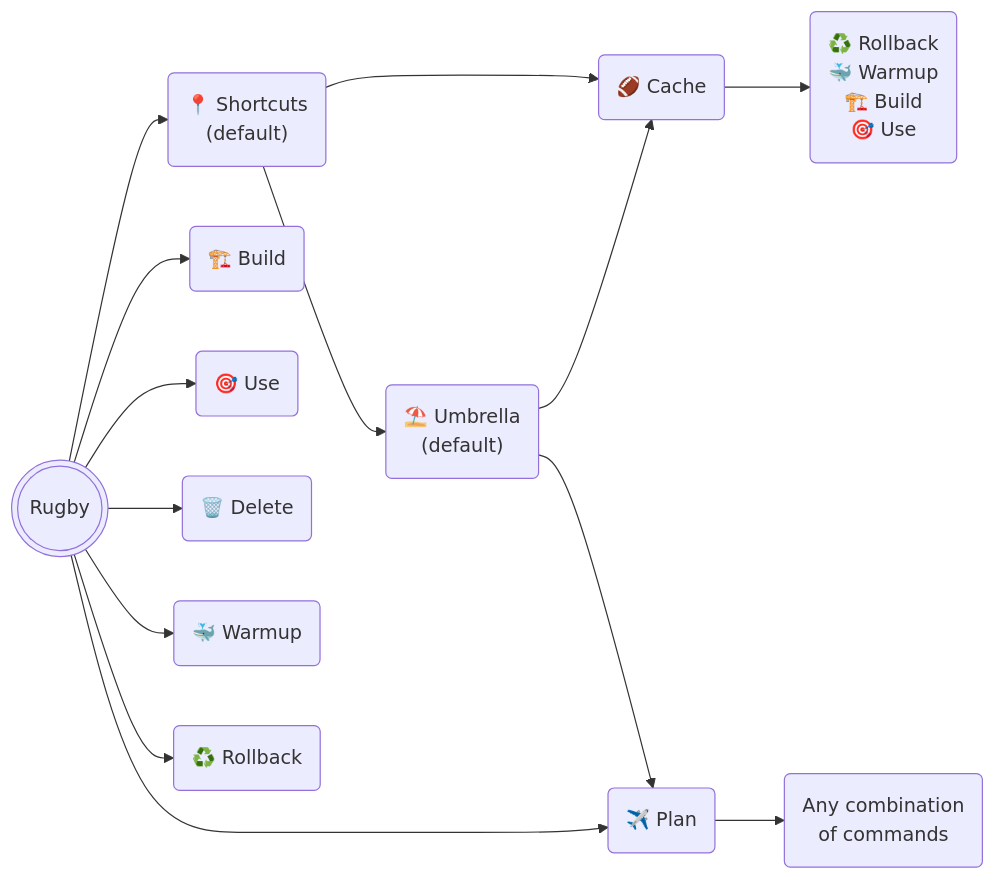
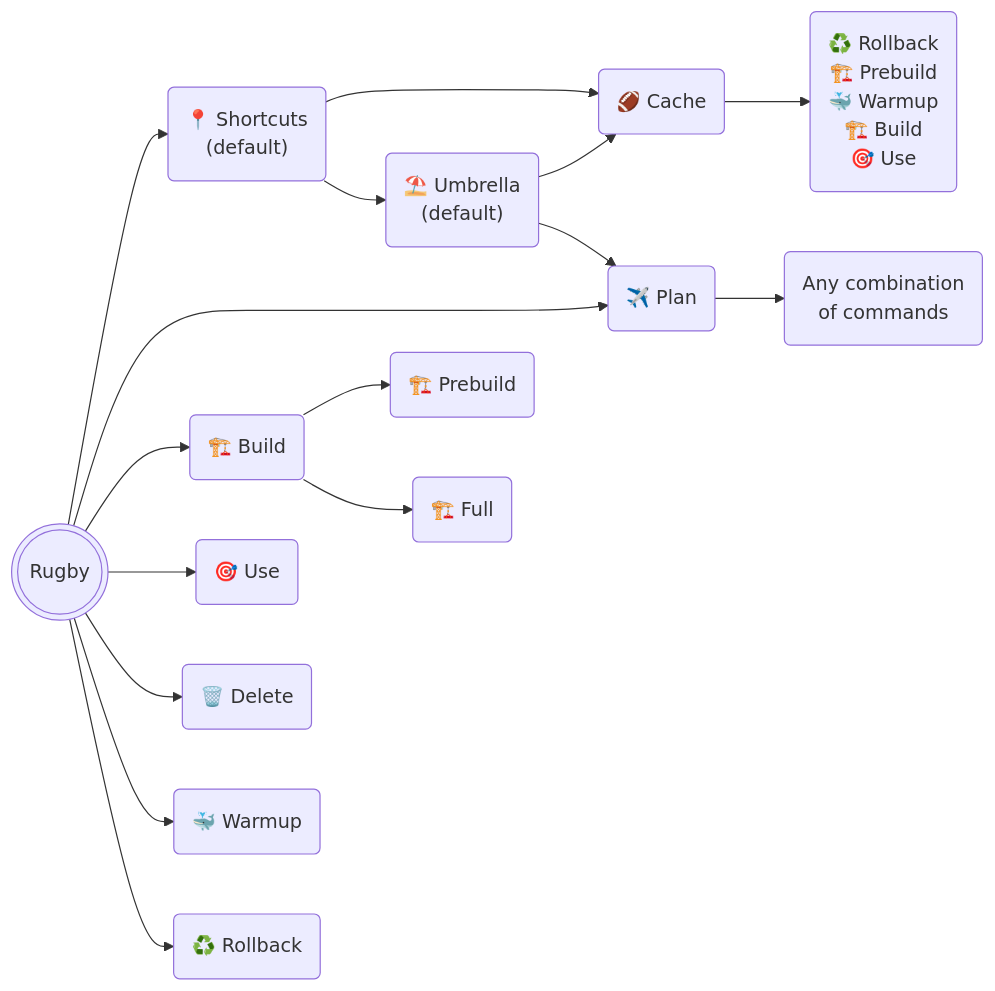
Before and after one commit to swiftyfinch/Rugby: the second of 4 diagrams in Docs/commands-help/README.md, drawn with Mermaid.

Commit message:
Add Prebuild command to Commands Help

````diff
--- a/Docs/commands-help/README.md
+++ b/Docs/commands-help/README.md
@@ -83,32 +83,34 @@
 ```mermaid
 flowchart LR
     A((("Rugby")))
     A --> B("
    📍 Shortcuts
    (default)
    ")
     B --> BA("🏈 Cache")
     BA --> BAA("
     ♻️ Rollback
+    🏗️ Prebuild
     🐳 Warmup
     🏗️ Build
     🎯 Use
     ")
     B --> BB("
     ⛱️ Umbrella
     (default)
     ")
     BB --> BA
     BB --> D
     A --> D("✈️ Plan")
     D --> DA("
     Any combination
     of commands
     ")
-    A --> F("🏗️ Build")
+    A --> F("🏗️ Build") --> FA("🏗️ Prebuild")
+    F("🏗️ Build") --> FB("🏗️ Full")
     A --> G("🎯 Use")
     A --> H("🗑️ Delete")
     A --> E("🐳 Warmup")
     A --> J("♻️ Rollback")
     click B "https://github.com/swiftyfinch/Rugby/blob/main/Docs/commands-help/shortcuts.md" _blank
 ```
````
